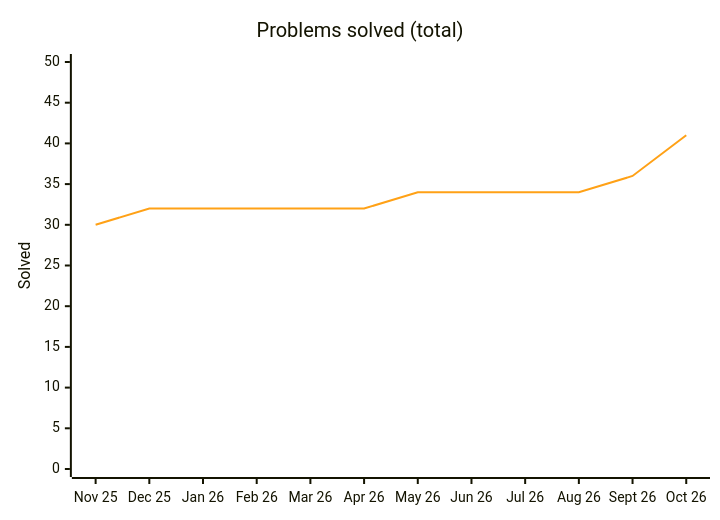
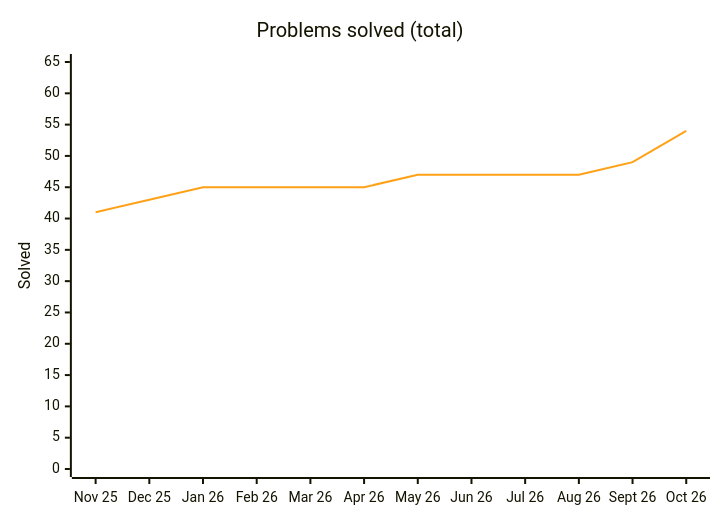
One commit to samy-D5/Leetcode changed the diagram in README.md. Above: the diagram before and after it, drawn with Mermaid. The commit also changed other lines of this file and 15 other files, not shown here.

````diff
--- a/README.md
+++ b/README.md
@@ -42,8 +42,8 @@
 ```mermaid
 %%{init: {"themeVariables": {"xyChart": {"plotColorPalette": "#ffa116"}}}}%%
 xychart-beta
     title "Problems solved (total)"
     x-axis ["Nov 25", "Dec 25", "Jan 26", "Feb 26", "Mar 26", "Apr 26", "May 26", "Jun 26", "Jul 26", "Aug 26", "Sept 26", "Oct 26"]
-    y-axis "Solved" 0 --> 50
-    line [30, 32, 32, 32, 32, 32, 34, 34, 34, 34, 36, 41]
+    y-axis "Solved" 0 --> 65
+    line [41, 43, 45, 45, 45, 45, 47, 47, 47, 47, 49, 54]
 ```
````
